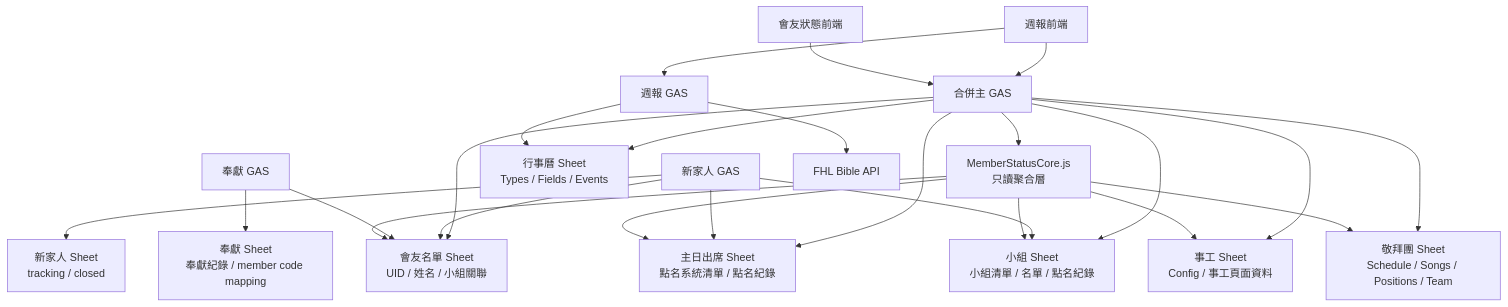
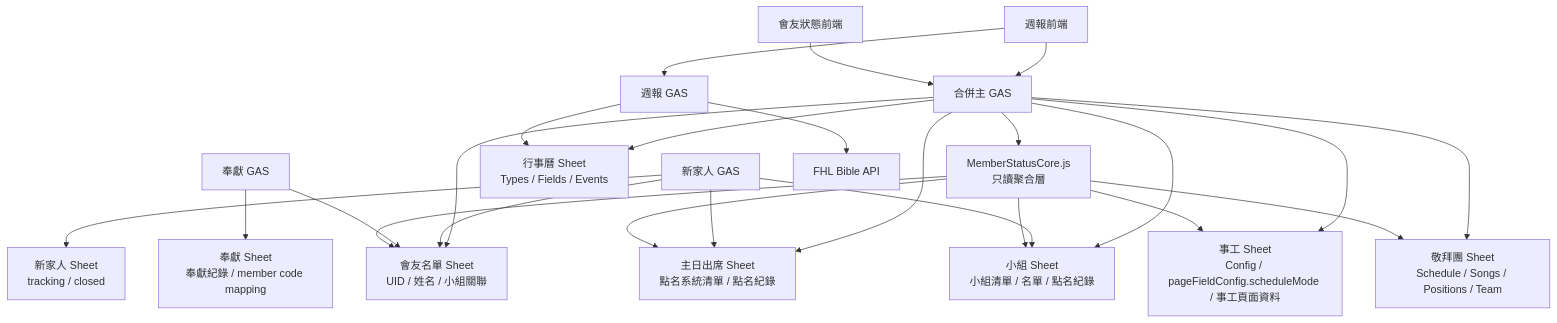
Before and after one commit to JirehWang/JirehWang.github.io: the sixth of 7 diagrams in docs/SYSTEM_RELATION_GRAPH.md, drawn with Mermaid. The commit also changed other lines of this file, not shown here.

Commit message:
docs: update ministry and worship system graph

````diff
--- a/docs/SYSTEM_RELATION_GRAPH.md
+++ b/docs/SYSTEM_RELATION_GRAPH.md
@@ -305,45 +314,45 @@
 ```mermaid
 flowchart TD
     MainGAS["合併主 GAS"]
     NewFamilyGAS["新家人 GAS"]
     OfferingGAS["奉獻 GAS"]
     BulletinFE["週報前端"]
     MemberStatusFE["會友狀態前端"]
     BulletinGAS["週報 GAS"]
 
     MemberSheet["會友名單 Sheet<br/>UID / 姓名 / 小組關聯"]
     AttendanceSheet["主日出席 Sheet<br/>點名系統清單 / 點名紀錄"]
     GroupSheet["小組 Sheet<br/>小組清單 / 名單 / 點名紀錄"]
-    MinistrySheet["事工 Sheet<br/>Config / 事工頁面資料"]
+    MinistrySheet["事工 Sheet<br/>Config / pageFieldConfig.scheduleMode / 事工頁面資料"]
     CalendarSheet["行事曆 Sheet<br/>Types / Fields / Events"]
     WorshipSheet["敬拜團 Sheet<br/>Schedule / Songs / Positions / Team"]
     NewFamilySheet["新家人 Sheet<br/>tracking / closed"]
     OfferingSheet["奉獻 Sheet<br/>奉獻紀錄 / member code mapping"]
 
     MainGAS --> MemberSheet
     MainGAS --> AttendanceSheet
     MainGAS --> GroupSheet
     MainGAS --> MinistrySheet
     MainGAS --> CalendarSheet
     MainGAS --> WorshipSheet
 
     NewFamilyGAS --> NewFamilySheet
     NewFamilyGAS --> MemberSheet
     NewFamilyGAS --> AttendanceSheet
     NewFamilyGAS --> GroupSheet
 
     OfferingGAS --> OfferingSheet
     OfferingGAS --> MemberSheet
 
     BulletinFE --> MainGAS
     MemberStatusFE --> MainGAS
     MainGAS --> MemberStatusCore["MemberStatusCore.js<br/>只讀聚合層"]
     MemberStatusCore --> MemberSheet
     MemberStatusCore --> AttendanceSheet
     MemberStatusCore --> GroupSheet
     MemberStatusCore --> MinistrySheet
     MemberStatusCore --> WorshipSheet
     BulletinFE --> BulletinGAS
     BulletinGAS --> FHL["FHL Bible API"]
     BulletinGAS --> CalendarSheet
 ```
````
